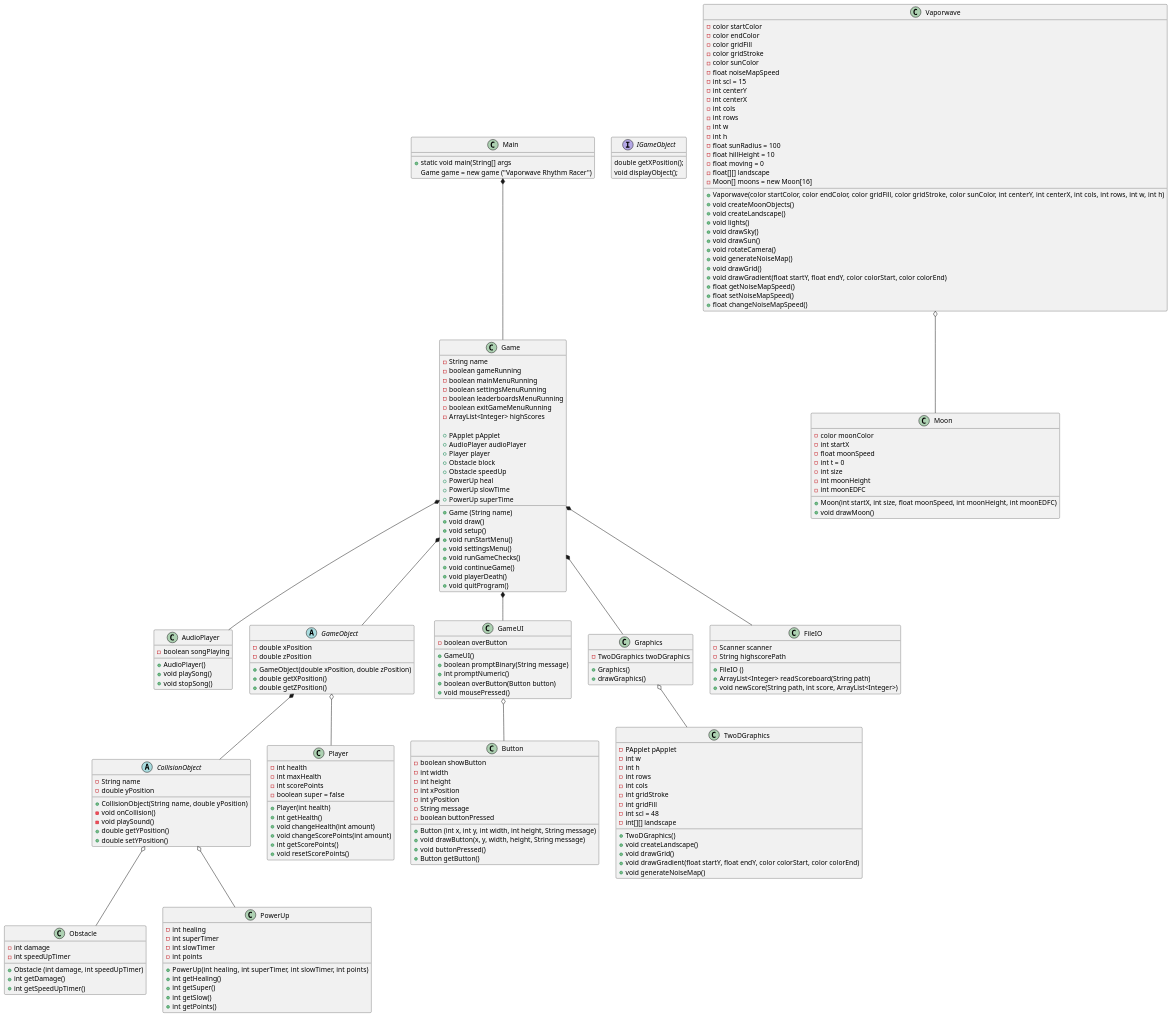
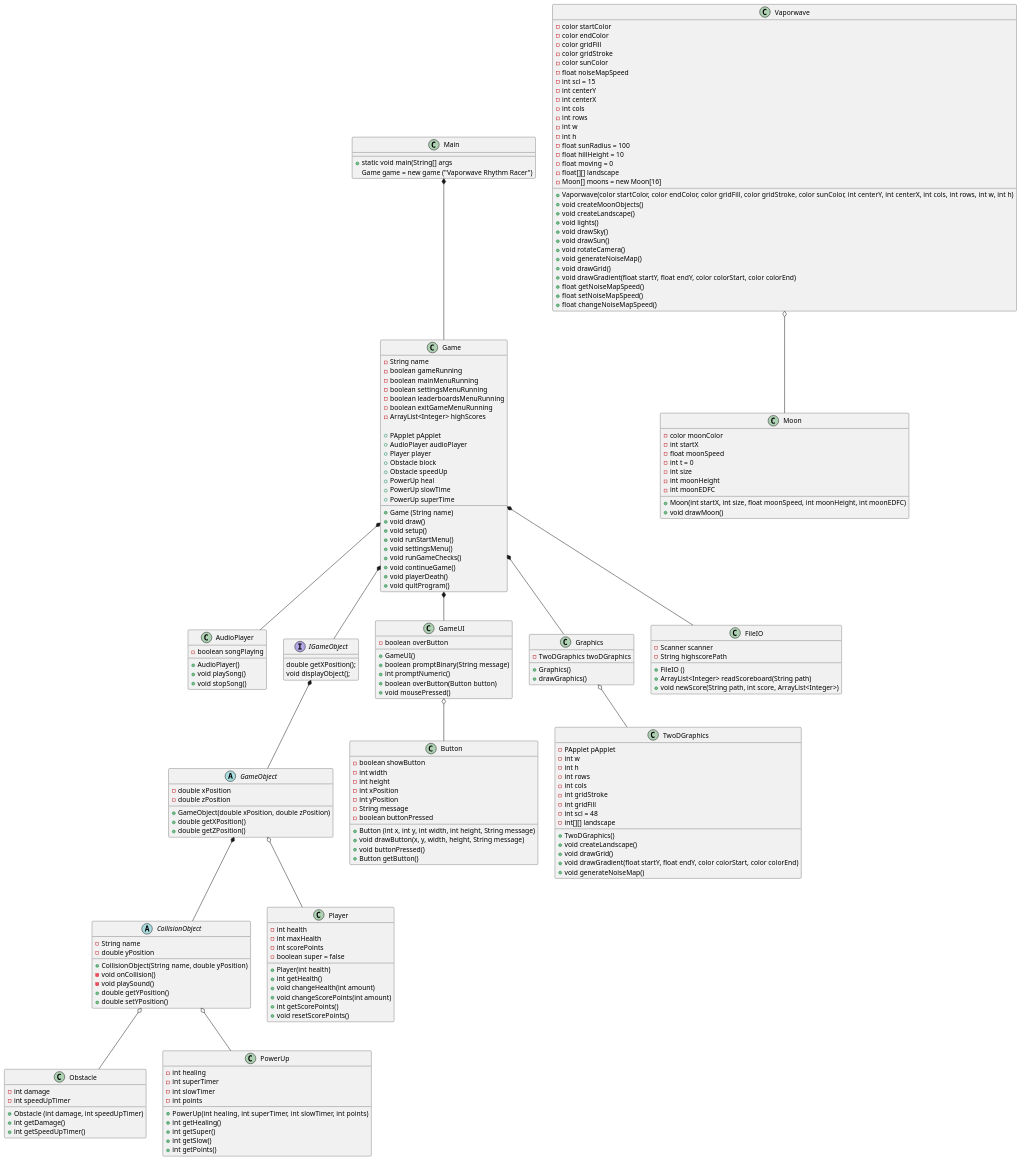
The diagram in doc/Plan/static/classdiagram.puml (Gervig/Vaporwave-Rhythm-Racer), drawn with PlantUML before and after one commit. The commit also changed 1 other file, not shown here.

Commit message:
class diagram minor edit

```diff
--- a/doc/Plan/static/classdiagram.puml
+++ b/doc/Plan/static/classdiagram.puml
@@ -245,7 +245,8 @@
 Main *-- Game
 Game *-- FileIO
 Game *-- GameUI
-Game *-- GameObject
+Game *-- IGameObject
+IGameObject *-- GameObject
 Game *-- Graphics
 Game *-- AudioPlayer
 GameObject o-- Player
```
